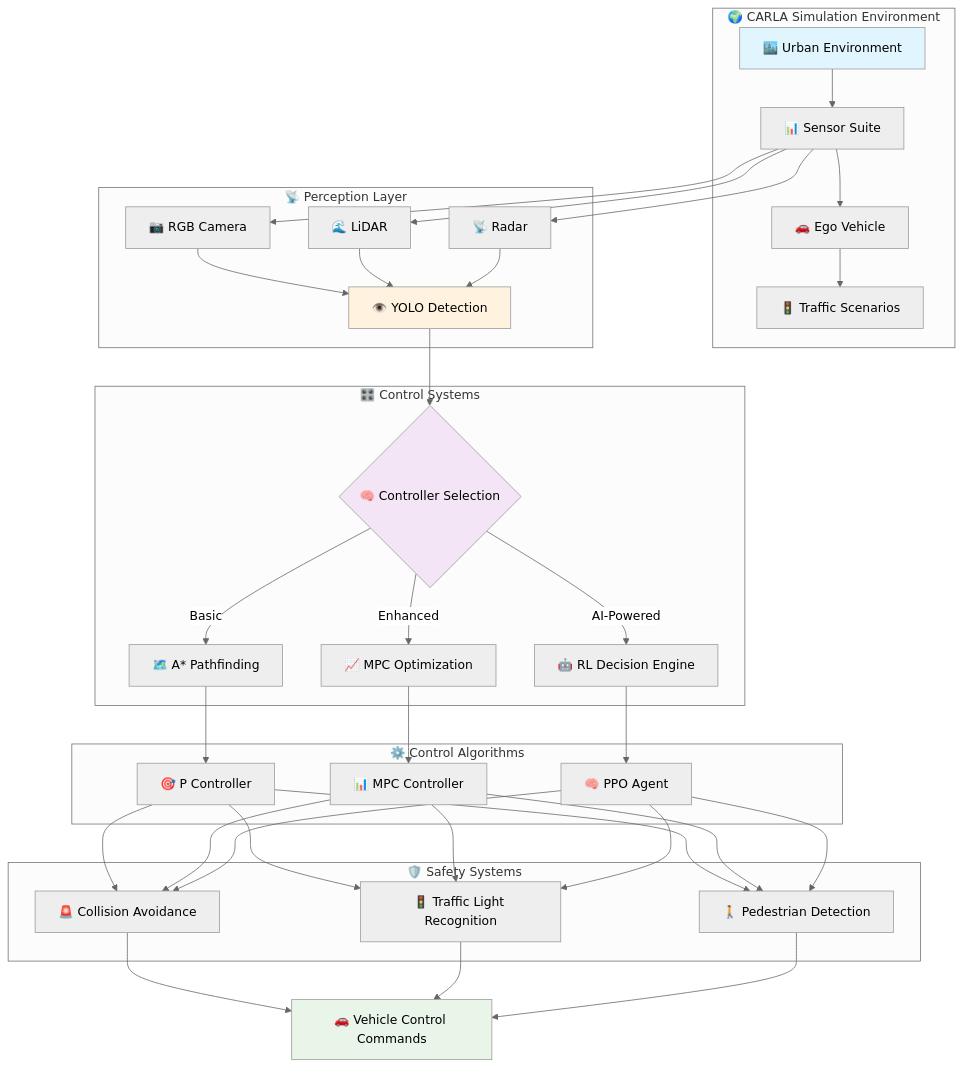
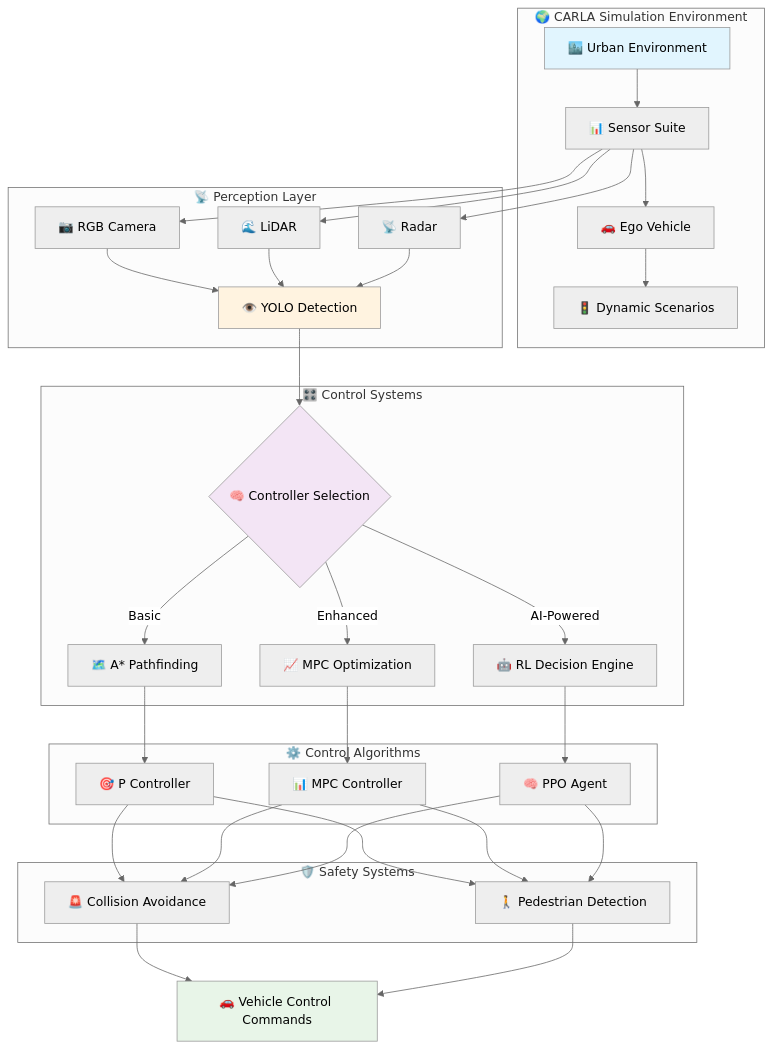
The diagram in README.md (Baebabe/Autonomous-Vehicle-Safety-and-Navigation-through-AI), drawn with Mermaid (neutral theme) before and after one commit. The commit also changed other lines of this file, not shown here.

````diff
--- a/README.md
+++ b/README.md
@@ -58,45 +70,44 @@
 ```mermaid
 graph TB
     subgraph "🌍 CARLA Simulation Environment"
         A[🏙️ Urban Environment] --> B[📊 Sensor Suite]
         B --> C[🚗 Ego Vehicle]
-        C --> D[🚦 Traffic Scenarios]
+        C --> D[🚦 Dynamic Scenarios]
     end
     
     subgraph "🎛️ Control Systems"
         E{🧠 Controller Selection}
         E -->|Basic| F[🗺️ A* Pathfinding]
         E -->|Enhanced| G[📈 MPC Optimization]
         E -->|AI-Powered| H[🤖 RL Decision Engine]
     end
     
     subgraph "📡 Perception Layer"
         I[📷 RGB Camera]
         J[🌊 LiDAR]
         K[📡 Radar]
         L[👁️ YOLO Detection]
     end
     
     subgraph "⚙️ Control Algorithms"
         F --> M[🎯 P Controller]
         G --> N[📊 MPC Controller]
         H --> O[🧠 PPO Agent]
     end
     
     subgraph "🛡️ Safety Systems"
         P[🚨 Collision Avoidance]
-        Q[🚦 Traffic Light Recognition]
-        R[🚶 Pedestrian Detection]
+        Q[🚶 Pedestrian Detection]
     end
     
     B --> I & J & K
     I & J & K --> L
     L --> E
-    M & N & O --> P & Q & R
-    P & Q & R --> S[🚗 Vehicle Control Commands]
+    M & N & O --> P & Q
+    P & Q --> R[🚗 Vehicle Control Commands]
     
     style A fill:#e1f5fe
     style E fill:#f3e5f5
     style L fill:#fff3e0
-    style S fill:#e8f5e8
+    style R fill:#e8f5e8
 ```
````
